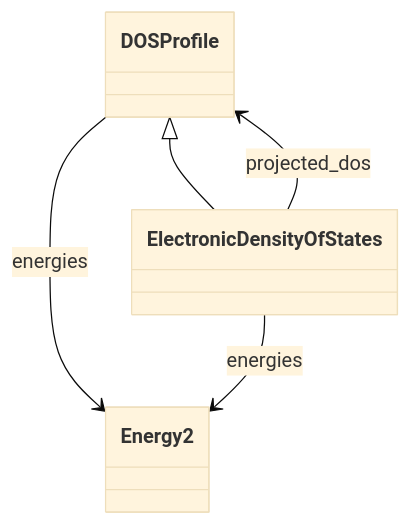
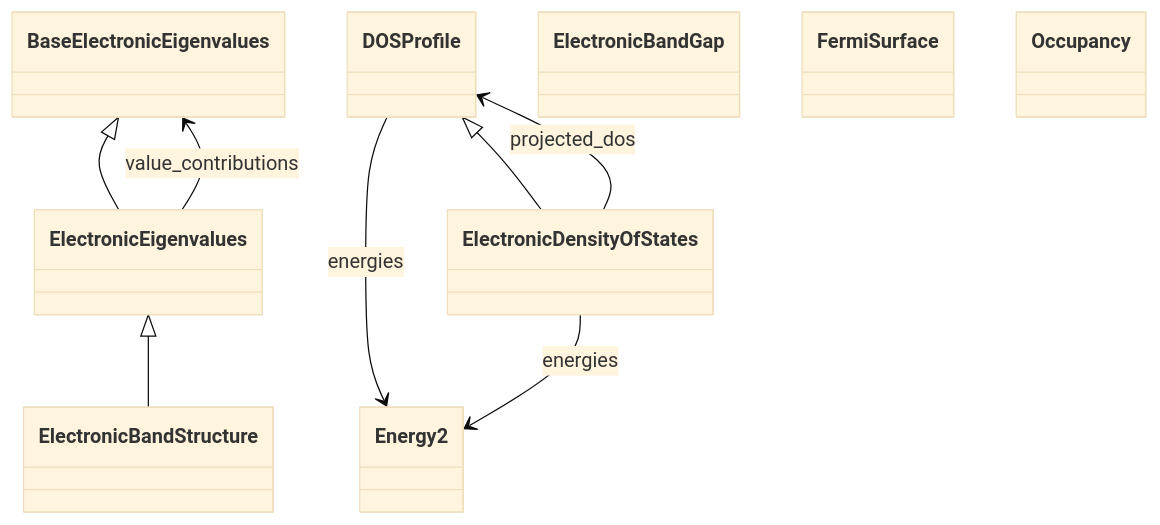
One commit to FAIRmat-NFDI/nomad-simulations changed the diagram in docs/schema/electronic_properties.diagram.md. Above: the diagram before and after it, drawn with Mermaid (base theme). The commit also changed other lines of this file and 92 other files, not shown here.

````diff
--- a/docs/schema/electronic_properties.diagram.md
+++ b/docs/schema/electronic_properties.diagram.md
@@ -39,13 +16,28 @@
 ```mermaid
 classDiagram
+    class BaseElectronicEigenvalues {
+    }
     class DOSProfile {
+    }
+    class ElectronicBandGap {
+    }
+    class ElectronicBandStructure {
     }
     class ElectronicDensityOfStates {
     }
+    class ElectronicEigenvalues {
+    }
     class Energy2 {
     }
+    class FermiSurface {
+    }
+    class Occupancy {
+    }
+    ElectronicEigenvalues <|-- ElectronicBandStructure
     DOSProfile <|-- ElectronicDensityOfStates
+    BaseElectronicEigenvalues <|-- ElectronicEigenvalues
     DOSProfile --> Energy2 : energies
     ElectronicDensityOfStates --> DOSProfile : projected_dos
     ElectronicDensityOfStates --> Energy2 : energies
+    ElectronicEigenvalues --> BaseElectronicEigenvalues : value_contributions
 ```
````
